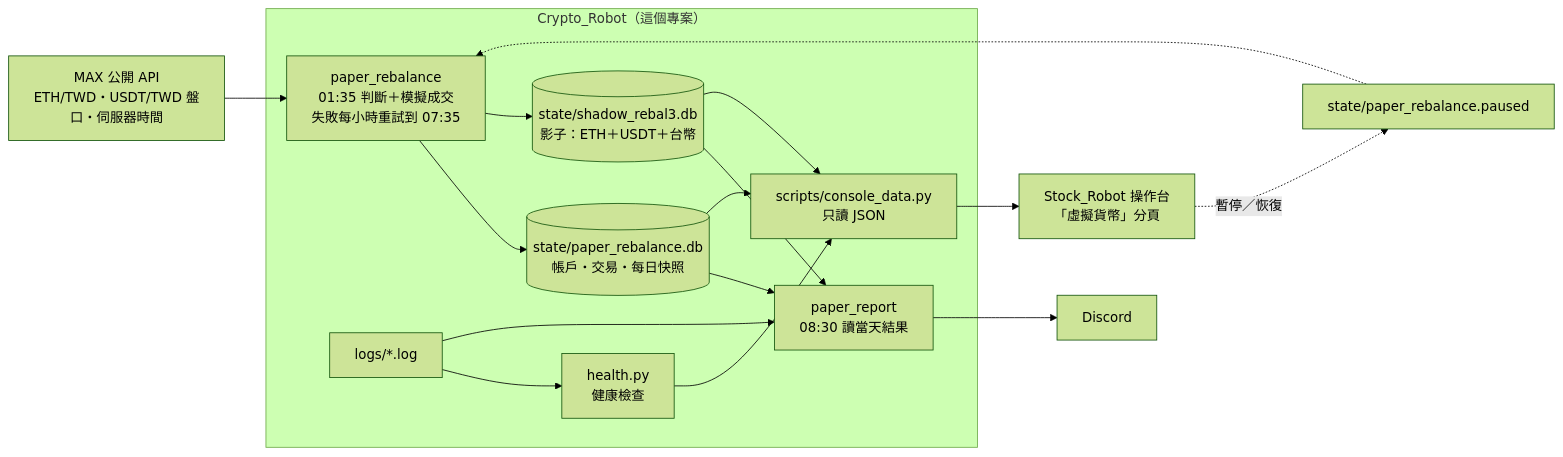
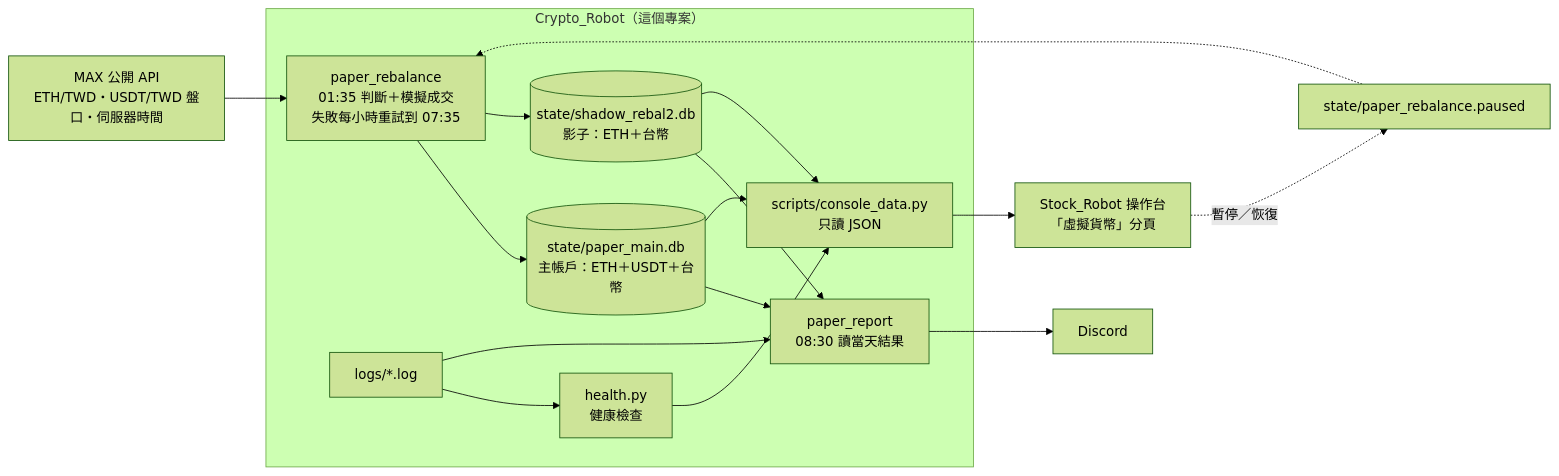
The first of 2 diagrams in docs/ARCHITECTURE.md (ShanHugo/Crypto_agent), drawn with Mermaid (forest theme) before and after one commit. The commit also changed other lines of this file and 7 other files, not shown here.

First line of the commit message:
Make three-asset band 5 the main paper account; two-asset becomes shadow

````diff
--- a/docs/ARCHITECTURE.md
+++ b/docs/ARCHITECTURE.md
@@ -56,19 +56,19 @@
 ```mermaid
 flowchart LR
   MAX[MAX 公開 API<br/>ETH/TWD・USDT/TWD 盤口・伺服器時間] --> PR
   subgraph CR[Crypto_Robot（這個專案）]
-    PR[paper_rebalance<br/>01:35 判斷＋模擬成交<br/>失敗每小時重試到 07:35] --> DB[(state/paper_rebalance.db<br/>帳戶・交易・每日快照)]
-    PR --> SDB[(state/shadow_rebal3.db<br/>影子：ETH＋USDT＋台幣)]
+    PR[paper_rebalance<br/>01:35 判斷＋模擬成交<br/>失敗每小時重試到 07:35] --> DB[(state/paper_main.db<br/>主帳戶：ETH＋USDT＋台幣)]
+    PR --> SDB[(state/shadow_rebal2.db<br/>影子：ETH＋台幣)]
     SDB --> RP
     SDB --> CD
     DB --> RP[paper_report<br/>08:30 讀當天結果]
     DB --> CD[scripts/console_data.py<br/>只讀 JSON]
     HC[health.py<br/>健康檢查] --> CD
     LOG[logs/*.log] --> HC
     LOG --> RP
   end
   RP --> DC[Discord]
   CD --> CON[Stock_Robot 操作台<br/>「虛擬貨幣」分頁]
   CON -. 暫停／恢復 .-> PAUSE[state/paper_rebalance.paused]
   PAUSE -.-> PR
 ```
````
